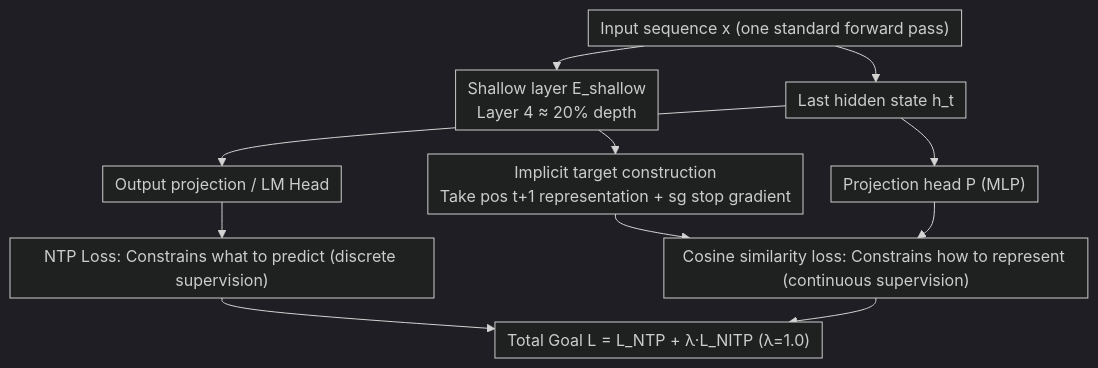
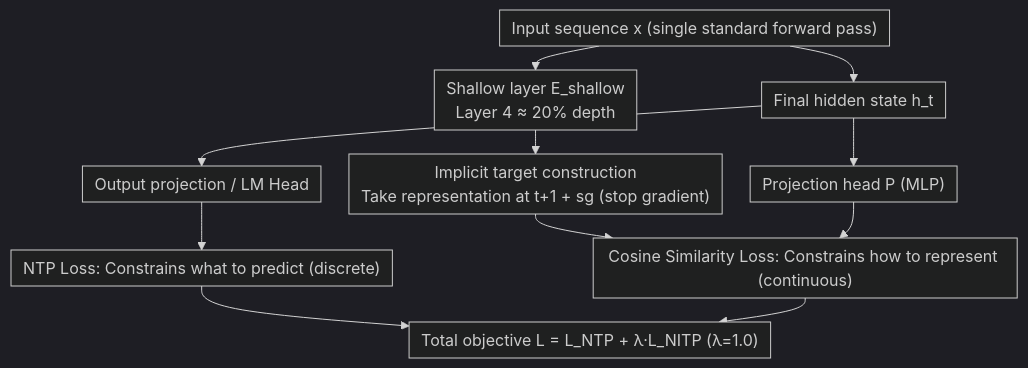
Before and after one commit to zhaoyang97/Paper-Notes-en: the diagram in docs/ICML2026/self_supervised/nitp_next_implicit_token_prediction_for_llm_pre-training.md, drawn with Mermaid (dark theme). The commit also changed other lines of this file and 5084 other files, not shown here.

````diff
--- a/docs/ICML2026/self_supervised/nitp_next_implicit_token_prediction_for_llm_pre-training.md
+++ b/docs/ICML2026/self_supervised/nitp_next_implicit_token_prediction_for_llm_pre-training.md
@@ -44,14 +44,14 @@
 ```mermaid
 %%{init: {'flowchart': {'rankSpacing': 24, 'nodeSpacing': 28, 'padding': 6, 'wrappingWidth': 400}}}%%
 flowchart TD
-    A["Input sequence x (one standard forward pass)"] --> B["Shallow layer E_shallow<br/>Layer 4 ≈ 20% depth"]
-    A --> C["Last hidden state h_t"]
-    B --> D["Implicit target construction<br/>Take pos t+1 representation + sg stop gradient"]
+    A["Input sequence x (single standard forward pass)"] --> B["Shallow layer E_shallow<br/>Layer 4 ≈ 20% depth"]
+    A --> C["Final hidden state h_t"]
+    B --> D["Implicit target construction<br/>Take representation at t+1 + sg (stop gradient)"]
     C --> E["Output projection / LM Head"]
     C --> F["Projection head P (MLP)"]
-    E --> G["NTP Loss: Constrains what to predict (discrete supervision)"]
-    D --> H["Cosine similarity loss: Constrains how to represent (continuous supervision)"]
+    E --> G["NTP Loss: Constrains what to predict (discrete)"]
+    D --> H["Cosine Similarity Loss: Constrains how to represent (continuous)"]
     F --> H
-    G --> I["Total Goal L = L_NTP + λ·L_NITP (λ=1.0)"]
+    G --> I["Total objective L = L_NTP + λ·L_NITP (λ=1.0)"]
     H --> I
 ```
````
